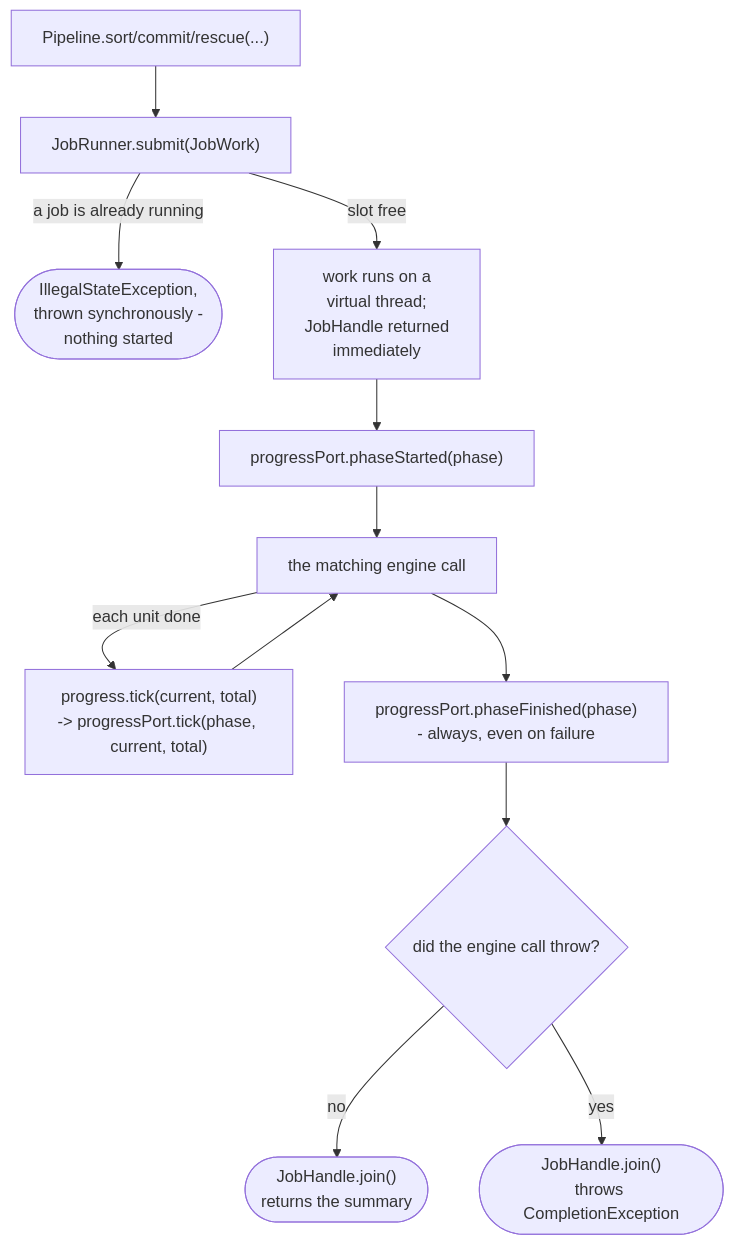
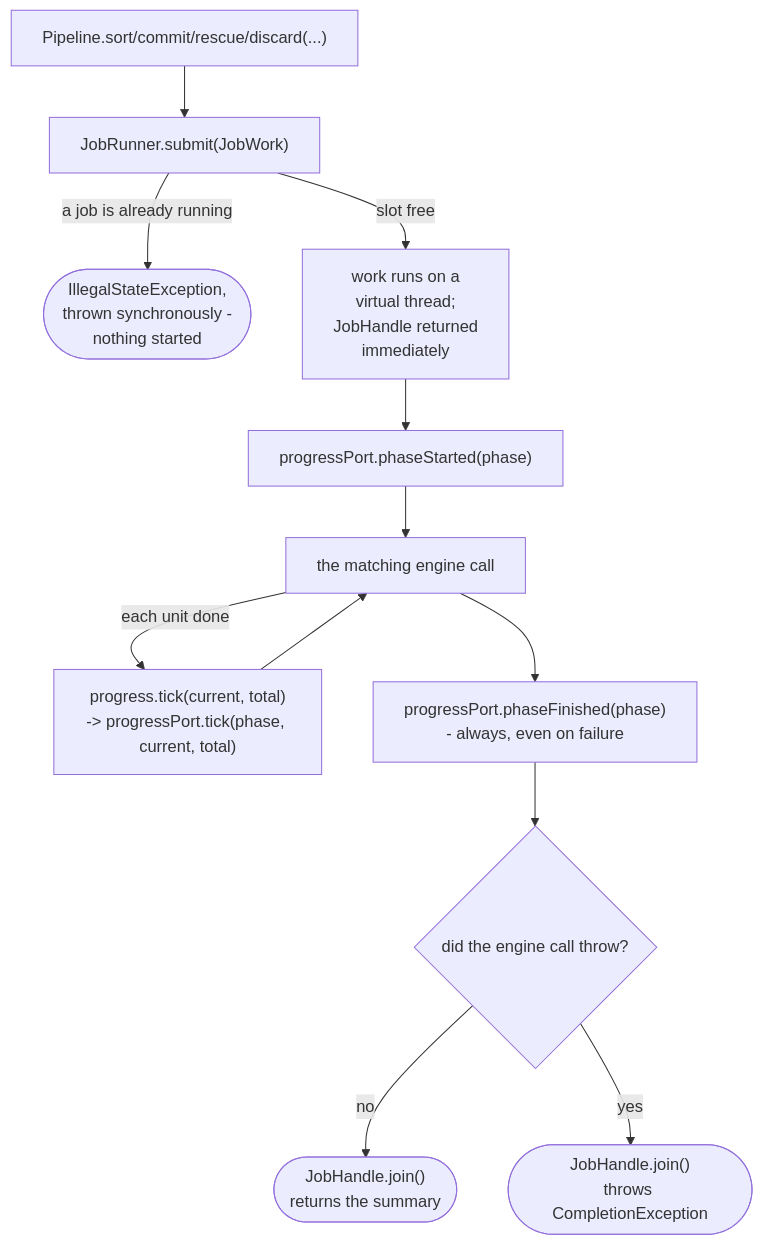
The diagram in app/docs/design/application/service/pipeline.md (AdrianNachev91/sluice), drawn with Mermaid before and after one commit. The commit also changed other lines of this file and 7 other files, not shown here.

First line of the commit message:
feat(java-port): Phase 13-prep chunk 8 - Pipeline.discard()

````diff
--- a/app/docs/design/application/service/pipeline.md
+++ b/app/docs/design/application/service/pipeline.md
@@ -19,14 +20,14 @@
 ```mermaid
 flowchart TD
-    A["Pipeline.sort/commit/rescue(...)"] --> B["JobRunner.submit(JobWork)"]
+    A["Pipeline.sort/commit/rescue/discard(...)"] --> B["JobRunner.submit(JobWork)"]
     B -- " a job is already running " --> Z(["IllegalStateException,<br/>thrown synchronously -<br/>nothing started"])
     B -- " slot free " --> C["work runs on a<br/>virtual thread;<br/>JobHandle returned<br/>immediately"]
     C --> D["progressPort.phaseStarted(phase)"]
     D --> E["the matching engine call"]
     E -- " each unit done " --> F["progress.tick(current, total)<br/>-> progressPort.tick(phase, current, total)"]
     F --> E
     E --> G["progressPort.phaseFinished(phase)<br/>- always, even on failure"]
     G --> H{"did the engine call throw?"}
     H -- " no " --> I(["JobHandle.join()<br/>returns the summary"])
     H -- " yes " --> J(["JobHandle.join()<br/>throws CompletionException"])
 ```
````
